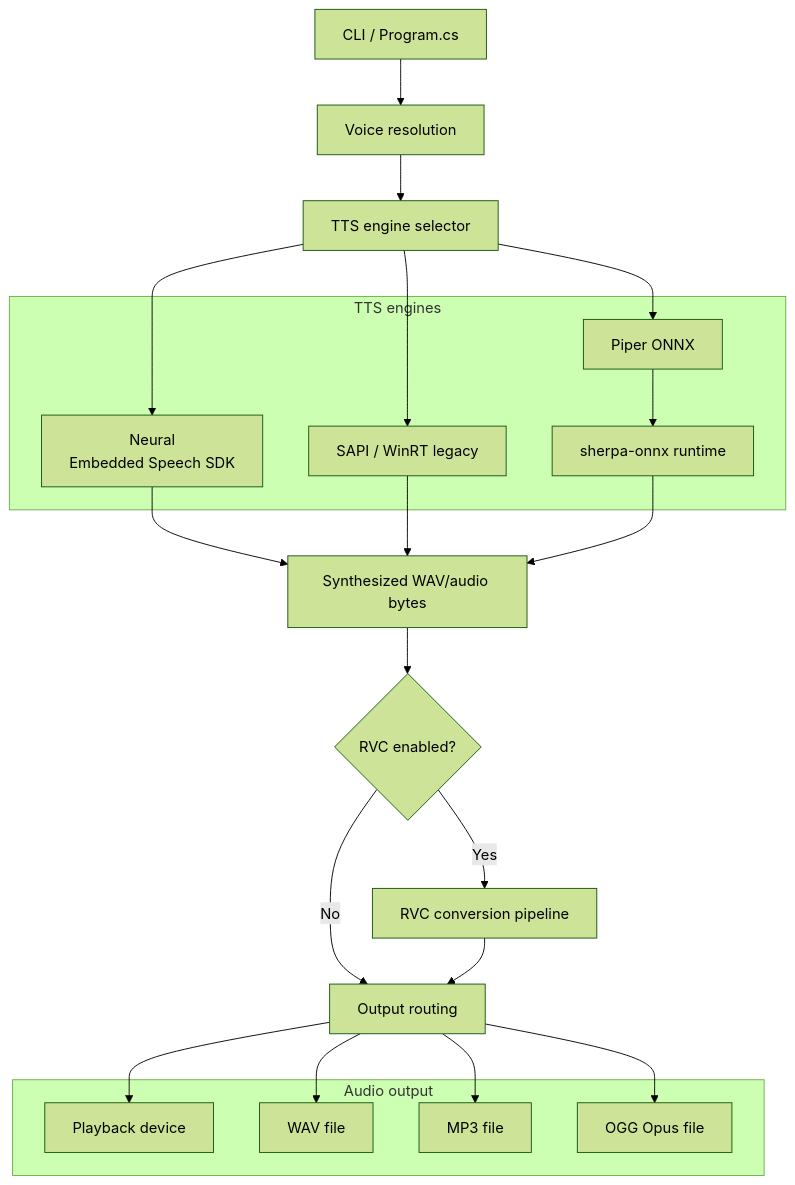
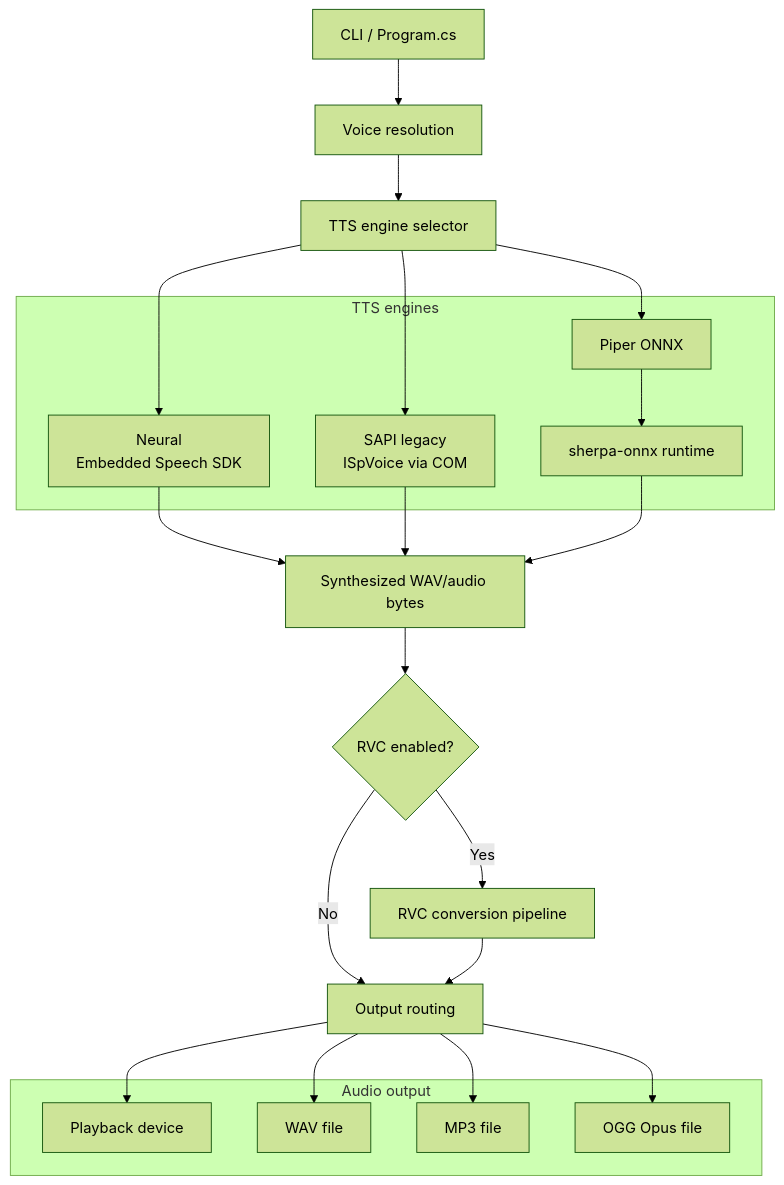
The first of 5 diagrams in README.md (BrainSlugs83/Talktastic), drawn with Mermaid (forest theme) before and after one commit. The commit also changed other lines of this file and 21 other files, not shown here.

````diff
--- a/README.md
+++ b/README.md
@@ -223,38 +231,38 @@
 ```mermaid
 graph TD
     CLI["CLI / Program.cs"] --> VR["Voice resolution"]
     VR --> TSEL["TTS engine selector"]
 
     subgraph TTS["TTS engines"]
         N["Neural<br/>Embedded Speech SDK"]
-        S["SAPI / WinRT legacy"]
+        S["SAPI legacy<br/>ISpVoice via COM"]
         P["Piper ONNX"]
         SH["sherpa-onnx runtime"]
         P --> SH
     end
 
     TSEL --> N
     TSEL --> S
     TSEL --> P
 
     N --> MIX["Synthesized WAV/audio bytes"]
     S --> MIX
     SH --> MIX
 
     MIX --> RVCQ{"RVC enabled?"}
     RVCQ -- No --> ROUTE["Output routing"]
     RVCQ -- Yes --> RVC["RVC conversion pipeline"]
     RVC --> ROUTE
 
     subgraph OUT["Audio output"]
         DEV["Playback device"]
         WAV["WAV file"]
         MP3["MP3 file"]
         OGG["OGG Opus file"]
     end
 
     ROUTE --> DEV
     ROUTE --> WAV
     ROUTE --> MP3
     ROUTE --> OGG
 ```
````
